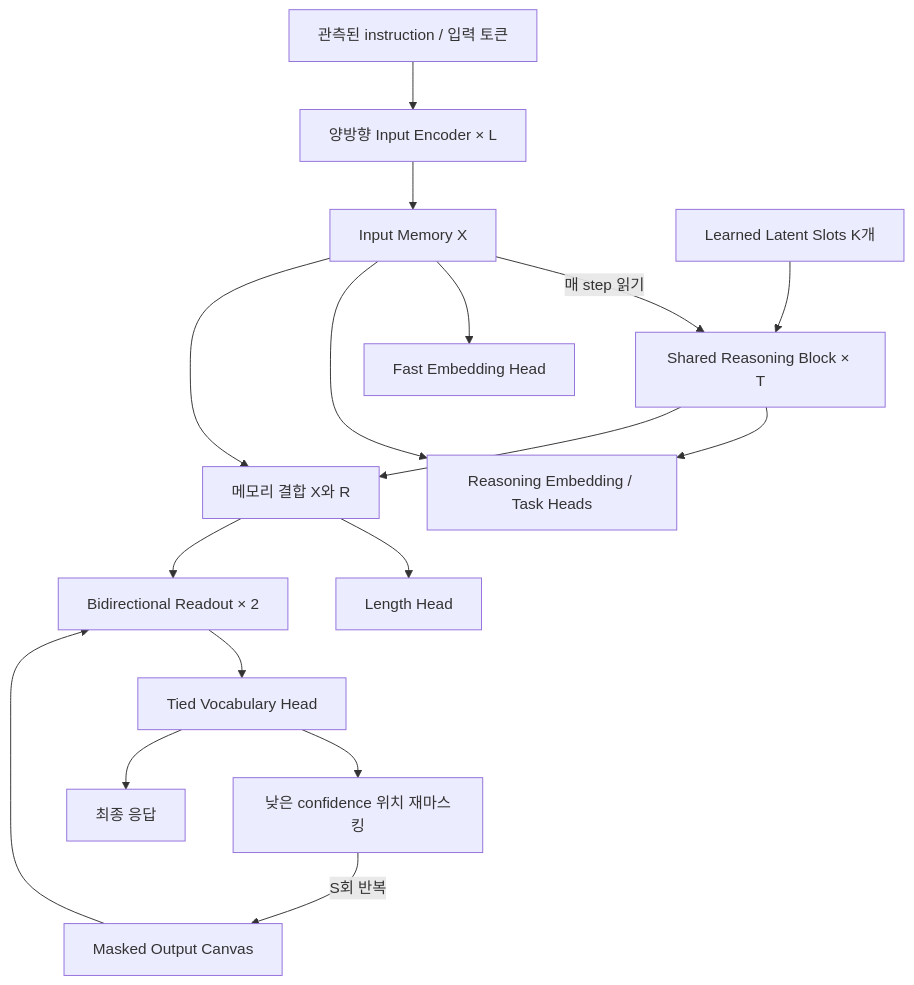
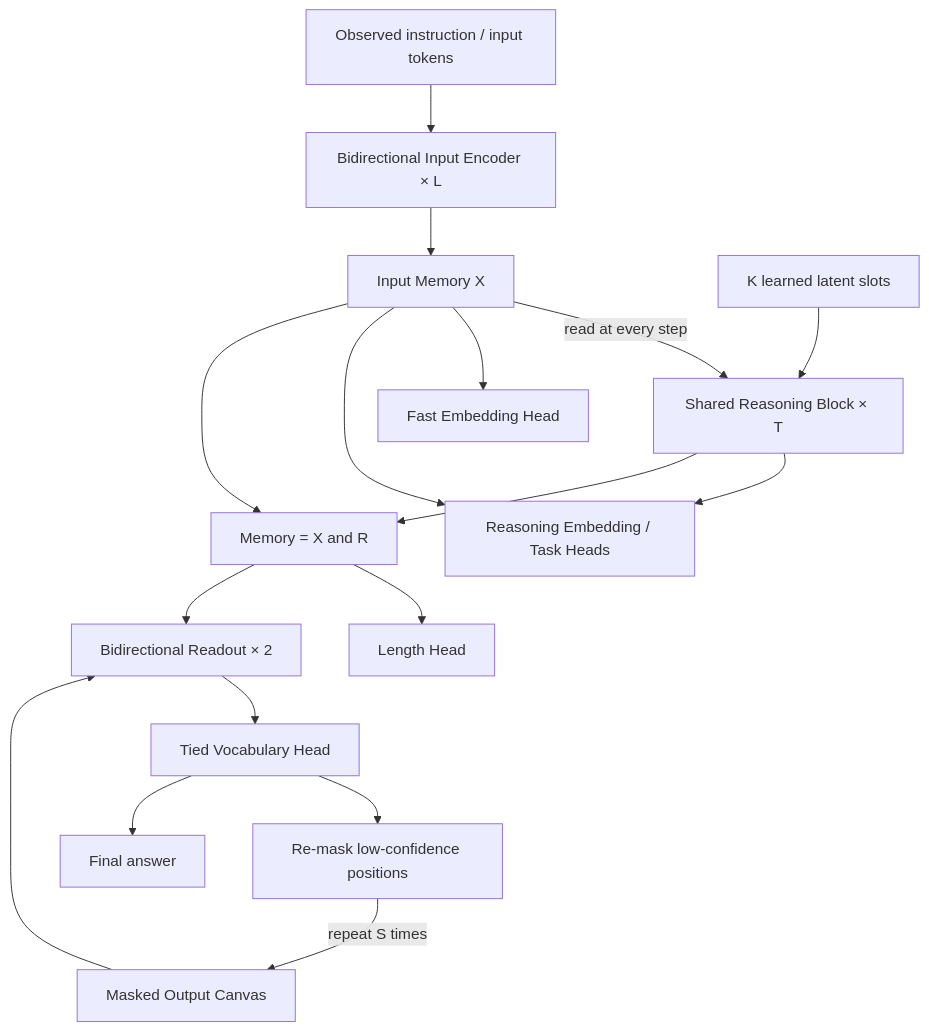
The diagram in docs/ARCHITECTURE.md (alice-noa-chan/nuri), drawn with Mermaid before and after one commit. The commit also changed other lines of this file, not shown here.

First line of the commit message:
docs: translate the architecture spec into English

````diff
--- a/docs/ARCHITECTURE.md
+++ b/docs/ARCHITECTURE.md
@@ -19,19 +19,19 @@
 ```mermaid
 flowchart TD
-    I[관측된 instruction / 입력 토큰] --> E[양방향 Input Encoder × L]
+    I[Observed instruction / input tokens] --> E[Bidirectional Input Encoder × L]
     E --> X[Input Memory X]
-    R0[Learned Latent Slots K개] --> R[Shared Reasoning Block × T]
-    X -->|매 step 읽기| R
+    R0[K learned latent slots] --> R[Shared Reasoning Block × T]
+    X -->|read at every step| R
     X --> F[Fast Embedding Head]
     X --> H[Reasoning Embedding / Task Heads]
     R --> H
-    R --> C[메모리 결합 X와 R]
+    R --> C[Memory = X and R]
     X --> C
     C --> L[Length Head]
     A[Masked Output Canvas] --> G[Bidirectional Readout × 2]
     C --> G
     G --> V[Tied Vocabulary Head]
-    V --> U[낮은 confidence 위치 재마스킹]
-    U -->|S회 반복| A
-    V --> O[최종 응답]
+    V --> U[Re-mask low-confidence positions]
+    U -->|repeat S times| A
+    V --> O[Final answer]
 ```
````
